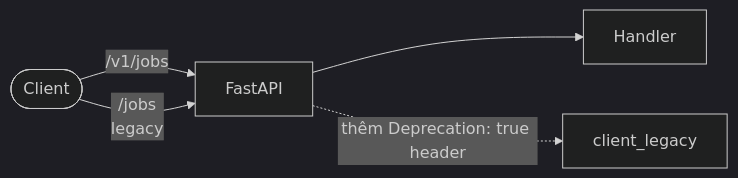
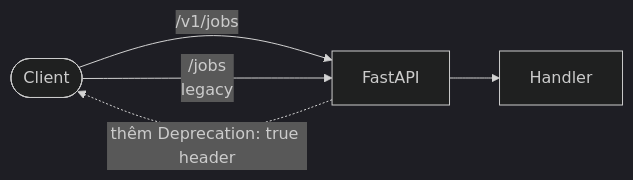
Before and after one commit to truongqv12/ntd_audio: the diagram in docs/vi/api.md, drawn with Mermaid (dark theme). The commit also changed other lines of this file and 9 other files, not shown here.

First line of the commit message:
docs: sync feature-map / api / database / architecture with shipped surface

````diff
--- a/docs/vi/api.md
+++ b/docs/vi/api.md
@@ -17,7 +17,7 @@
 ```mermaid
 flowchart LR
   client([Client]) -->|/v1/jobs| api[FastAPI]
   client -->|/jobs<br/>legacy| api
   api --> handler[Handler]
-  api -. thêm Deprecation: true header .-> client_legacy
+  api -. thêm Deprecation: true header .-> client
 ```
````
